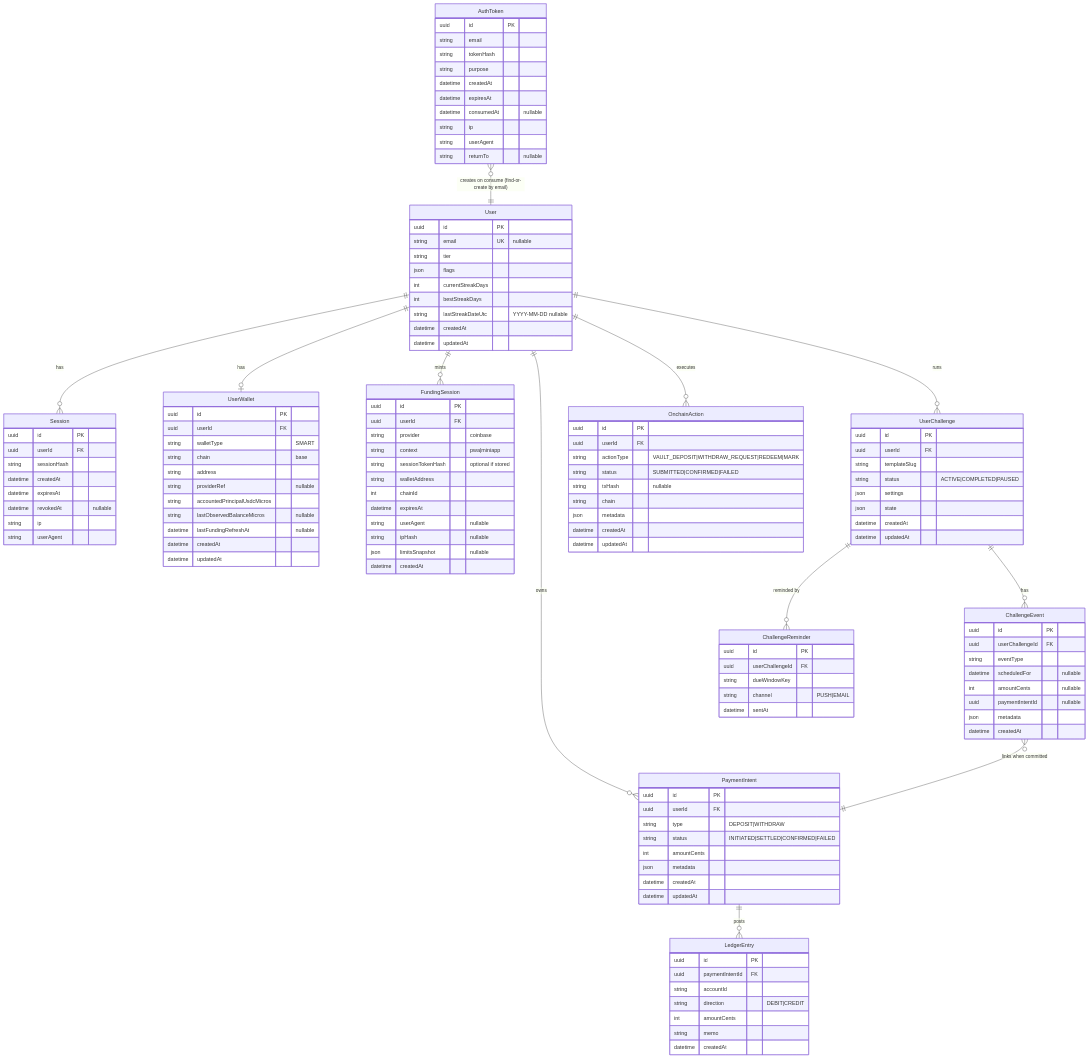
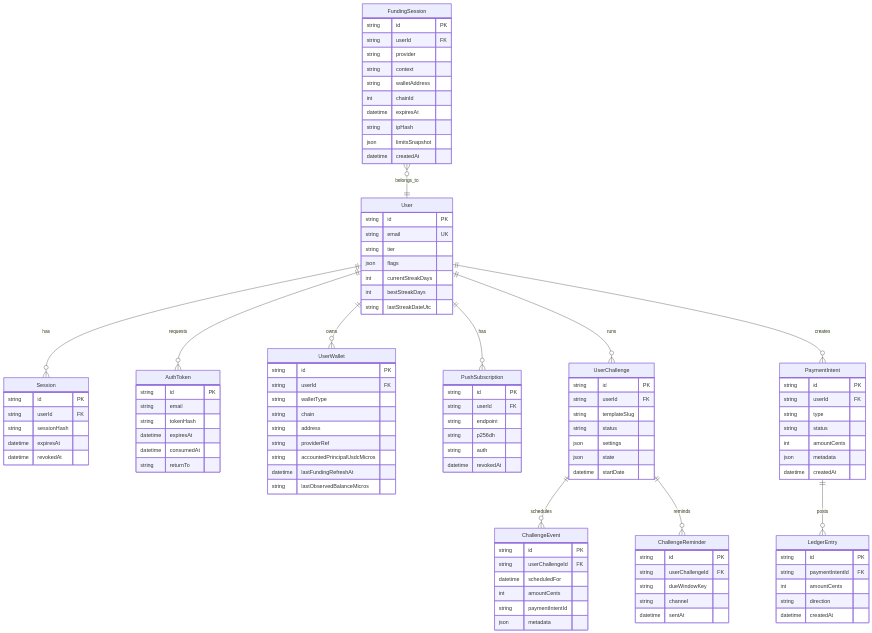
One commit to KeldrickD/stashJar changed the diagram in docs/ERD.md. Above: the diagram before and after it, drawn with Mermaid. The commit also changed other lines of this file and 22 other files, not shown here.

Commit message:
docs(stashjar): add full documentation set (prd, api, security, miniapp, diagrams)

````diff
--- a/docs/ERD.md
+++ b/docs/ERD.md
@@ -5,142 +5,120 @@
 ```mermaid
 erDiagram
+  User ||--o{ Session : has
+  User ||--o{ AuthToken : requests
+  User ||--o{ UserWallet : owns
+  User ||--o{ PushSubscription : has
+  User ||--o{ UserChallenge : runs
+  User ||--o{ PaymentIntent : creates
+
+  UserChallenge ||--o{ ChallengeEvent : schedules
+  UserChallenge ||--o{ ChallengeReminder : reminds
+  PaymentIntent ||--o{ LedgerEntry : posts
+  FundingSession }o--|| User : belongs_to
+
   User {
-    uuid id PK
-    string email UK "nullable"
+    string id PK
+    string email UK
     string tier
     json flags
     int currentStreakDays
     int bestStreakDays
-    string lastStreakDateUtc "YYYY-MM-DD nullable"
-    datetime createdAt
-    datetime updatedAt
+    string lastStreakDateUtc
   }
 
   Session {
-    uuid id PK
-    uuid userId FK
+    string id PK
+    string userId FK
     string sessionHash
-    datetime createdAt
     datetime expiresAt
-    datetime revokedAt "nullable"
-    string ip
-    string userAgent
+    datetime revokedAt
   }
 
   AuthToken {
-    uuid id PK
+    string id PK
     string email
     string tokenHash
-    string purpose
-    datetime createdAt
     datetime expiresAt
-    datetime consumedAt "nullable"
-    string ip
-    string userAgent
-    string returnTo "nullable"
+    datetime consumedAt
+    string returnTo
   }
 
   UserWallet {
-    uuid id PK
-    uuid userId FK
-    string walletType "SMART"
-    string chain "base"
+    string id PK
+    string userId FK
+    string walletType
+    string chain
     string address
-    string providerRef "nullable"
+    string providerRef
     string accountedPrincipalUsdcMicros
-    string lastObservedBalanceMicros "nullable"
-    datetime lastFundingRefreshAt "nullable"
-    datetime createdAt
-    datetime updatedAt
+    datetime lastFundingRefreshAt
+    string lastObservedBalanceMicros
   }
 
   FundingSession {
-    uuid id PK
-    uuid userId FK
-    string provider "coinbase"
-    string context "pwa|miniapp"
-    string sessionTokenHash "optional if stored"
+    string id PK
+    string userId FK
+    string provider
+    string context
     string walletAddress
     int chainId
     datetime expiresAt
-    string userAgent "nullable"
-    string ipHash "nullable"
-    json limitsSnapshot "nullable"
+    string ipHash
+    json limitsSnapshot
     datetime createdAt
   }
 
+  PushSubscription {
+    string id PK
+    string userId FK
+    string endpoint
+    string p256dh
+    string auth
+    datetime revokedAt
+  }
+
   UserChallenge {
-    uuid id PK
-    uuid userId FK
+    string id PK
+    string userId FK
     string templateSlug
-    string status "ACTIVE|COMPLETED|PAUSED"
+    string status
     json settings
     json state
-    datetime createdAt
-    datetime updatedAt
+    datetime startDate
   }
 
   ChallengeEvent {
-    uuid id PK
-    uuid userChallengeId FK
-    string eventType
-    datetime scheduledFor "nullable"
-    int amountCents "nullable"
-    uuid paymentIntentId "nullable"
+    string id PK
+    string userChallengeId FK
+    datetime scheduledFor
+    int amountCents
+    string paymentIntentId
+    json metadata
+  }
+
+  ChallengeReminder {
+    string id PK
+    string userChallengeId FK
+    string dueWindowKey
+    string channel
+    datetime sentAt
+  }
+
+  PaymentIntent {
+    string id PK
+    string userId FK
+    string type
+    string status
+    int amountCents
     json metadata
     datetime createdAt
   }
 
-  ChallengeReminder {
-    uuid id PK
-    uuid userChallengeId FK
-    string dueWindowKey
-    string channel "PUSH|EMAIL"
-    datetime sentAt
-  }
-
-  PaymentIntent {
-    uuid id PK
-    uuid userId FK
-    string type "DEPOSIT|WITHDRAW"
-    string status "INITIATED|SETTLED|CONFIRMED|FAILED"
+  LedgerEntry {
+    string id PK
+    string paymentIntentId FK
     int amountCents
-    json metadata
-    datetime createdAt
-    datetime updatedAt
-  }
-
-  LedgerEntry {
-    uuid id PK
-    uuid paymentIntentId FK
-    string accountId
-    string direction "DEBIT|CREDIT"
-    int amountCents
-    string memo
+    string direction
     datetime createdAt
   }
-
-  OnchainAction {
-    uuid id PK
-    uuid userId FK
-    string actionType "VAULT_DEPOSIT|WITHDRAW_REQUEST|REDEEM|MARK"
-    string status "SUBMITTED|CONFIRMED|FAILED"
-    string txHash "nullable"
-    string chain
-    json metadata
-    datetime createdAt
-    datetime updatedAt
-  }
-
-  User ||--o{ Session : "has"
-  AuthToken }o--|| User : "creates on consume (find-or-create by email)"
-  User ||--o| UserWallet : "has"
-  User ||--o{ FundingSession : "mints"
-  User ||--o{ UserChallenge : "runs"
-  UserChallenge ||--o{ ChallengeEvent : "has"
-  UserChallenge ||--o{ ChallengeReminder : "reminded by"
-  User ||--o{ PaymentIntent : "owns"
-  PaymentIntent ||--o{ LedgerEntry : "posts"
-  User ||--o{ OnchainAction : "executes"
-  ChallengeEvent }o--|| PaymentIntent : "links when committed"
 ```
````
